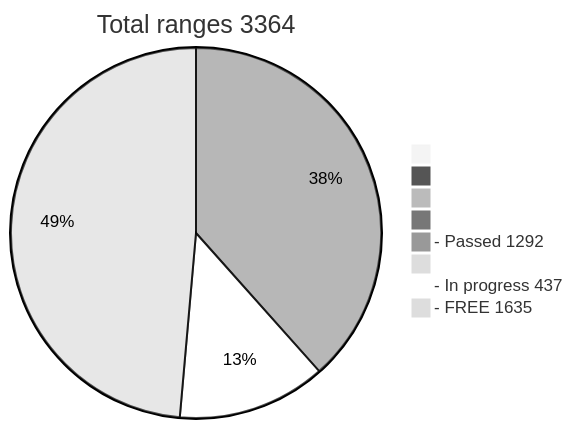
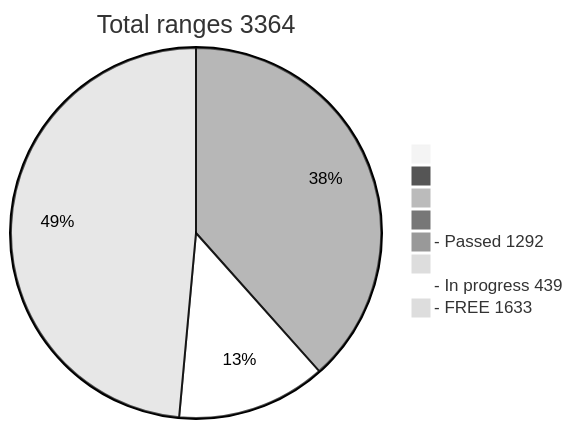
One commit to phrutis/wif500 changed the diagram in README.md. Above: the diagram before and after it, drawn with Mermaid (neutral theme).

````diff
--- a/README.md
+++ b/README.md
@@ -16,12 +16,12 @@
 ```mermaid
 pie title Total ranges 3364
              " " : 0
             "  " : 0
            "   " : 0
           "    " : 0
   "- Passed 1292" : 1292
          "     " : 0
-  "- In progress 437" : 437
-   "- FREE 1635" : 1635
+  "- In progress 439" : 439
+   "- FREE 1633" : 1633
    
 ```
````
